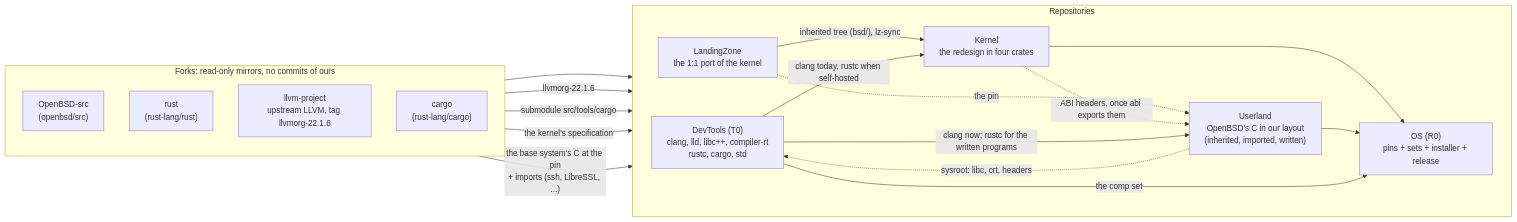
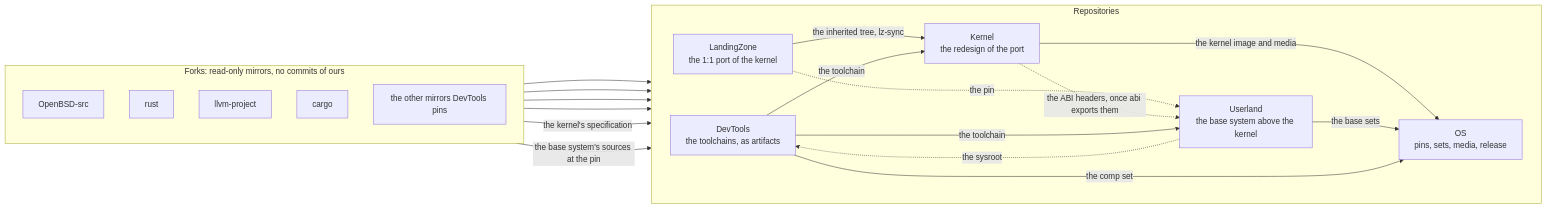
One commit to EmiBSD/Governance changed the diagram in docs/architecture.md. Above: the diagram before and after it, drawn with Mermaid. The commit also changed other lines of this file and 16 other files, not shown here.

````diff
--- a/docs/architecture.md
+++ b/docs/architecture.md
@@ -11,37 +11,39 @@
 ```mermaid
 flowchart LR
     subgraph forks["Forks: read-only mirrors, no commits of ours"]
         direction TB
-        obsd["OpenBSD-src<br/>(openbsd/src)"]
-        rust["rust<br/>(rust-lang/rust)"]
-        llvmrs["llvm-project<br/>upstream LLVM, tag llvmorg-22.1.6"]
-        cargo["cargo<br/>(rust-lang/cargo)"]
+        obsd["OpenBSD-src"]
+        rust["rust"]
+        llvmrs["llvm-project"]
+        cargo["cargo"]
+        more["the other mirrors DevTools pins"]
     end
 
     subgraph repos["Repositories"]
         direction LR
-        dev["DevTools (T0)<br/>clang, lld, libc++, compiler-rt<br/>rustc, cargo, std"]
+        dev["DevTools<br/>the toolchains, as artifacts"]
         lz["LandingZone<br/>the 1:1 port of the kernel"]
-        ul["Userland<br/>OpenBSD's C in our layout<br/>(inherited, imported, written)"]
-        k["Kernel<br/>the redesign in four crates"]
-        os["OS (R0)<br/>pins + sets + installer + release"]
+        ul["Userland<br/>the base system above the kernel"]
+        k["Kernel<br/>the redesign of the port"]
+        os["OS<br/>pins, sets, media, release"]
     end
 
     rust --> dev
-    llvmrs -- "llvmorg-22.1.6" --> dev
-    cargo -- "submodule src/tools/cargo" --> dev
+    llvmrs --> dev
+    cargo --> dev
+    more --> dev
 
     obsd -- "the kernel's specification" --> lz
-    obsd -- "the base system's C at the pin<br/>+ imports (ssh, LibreSSL, ...)" --> ul
-    lz -- "inherited tree (bsd/), lz-sync" --> k
+    obsd -- "the base system's sources at the pin" --> ul
+    lz -- "the inherited tree, lz-sync" --> k
     lz -. "the pin" .-> ul
-    k -. "ABI headers, once abi exports them" .-> ul
+    k -. "the ABI headers, once abi exports them" .-> ul
 
-    dev -- "clang now; rustc for the written programs" --> ul
-    dev -- "clang today, rustc when self-hosted" --> k
-    ul -. "sysroot: libc, crt, headers" .-> dev
+    dev -- "the toolchain" --> ul
+    dev -- "the toolchain" --> k
+    ul -. "the sysroot" .-> dev
 
-    k --> os
-    ul --> os
+    k -- "the kernel image and media" --> os
+    ul -- "the base sets" --> os
     dev -- "the comp set" --> os
 ```
````
